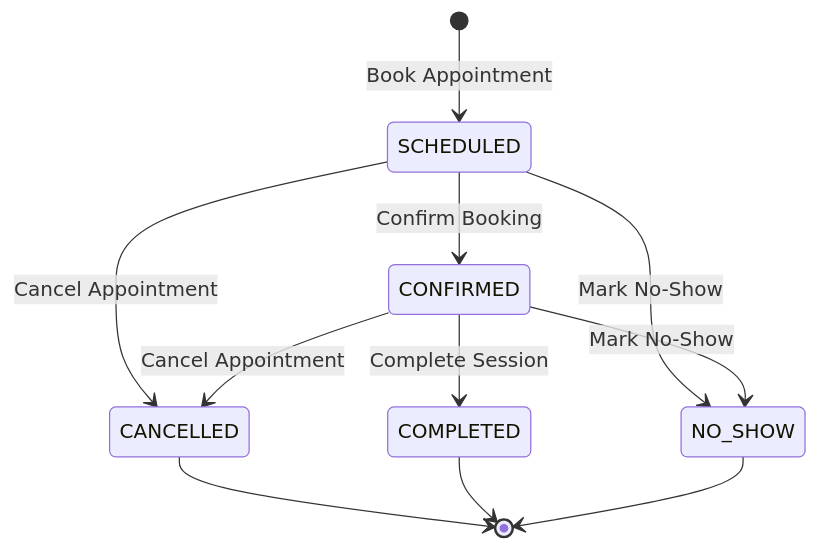
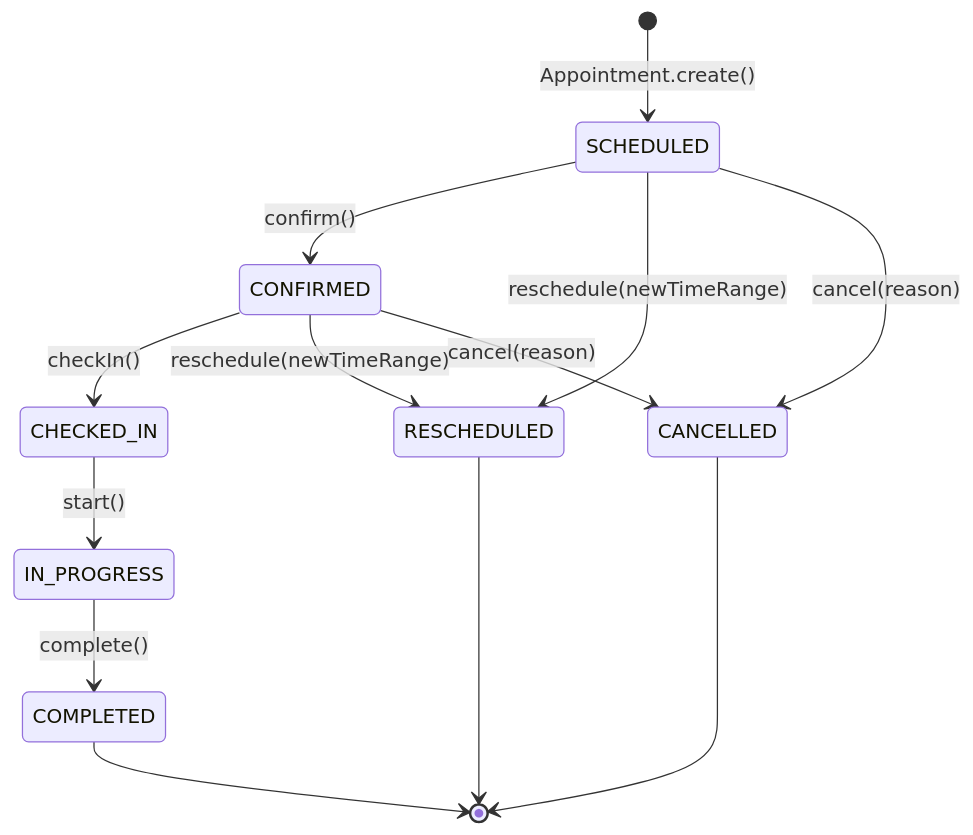
One commit to izzydin/kinergy-platform changed the second of 3 diagrams in docs/scheduling/aggregate-diagram.md. Above: the diagram before and after it, drawn with Mermaid. The commit also changed other lines of this file and 9 other files, not shown here.

Commit message:
docs(scheduling): complete architecture documentation and adrs

````diff
--- a/docs/scheduling/aggregate-diagram.md
+++ b/docs/scheduling/aggregate-diagram.md
@@ -56,13 +40,18 @@
 ```mermaid
 stateDiagram-v2
-    [*] --> SCHEDULED: Book Appointment
-    SCHEDULED --> CONFIRMED: Confirm Booking
-    SCHEDULED --> CANCELLED: Cancel Appointment
-    CONFIRMED --> CANCELLED: Cancel Appointment
-    CONFIRMED --> COMPLETED: Complete Session
-    SCHEDULED --> NO_SHOW: Mark No-Show
-    CONFIRMED --> NO_SHOW: Mark No-Show
+    [*] --> SCHEDULED: Appointment.create()
+    SCHEDULED --> CONFIRMED: confirm()
+    SCHEDULED --> RESCHEDULED: reschedule(newTimeRange)
+    SCHEDULED --> CANCELLED: cancel(reason)
+
+    CONFIRMED --> CHECKED_IN: checkIn()
+    CONFIRMED --> RESCHEDULED: reschedule(newTimeRange)
+    CONFIRMED --> CANCELLED: cancel(reason)
+
+    CHECKED_IN --> IN_PROGRESS: start()
+    IN_PROGRESS --> COMPLETED: complete()
+
+    COMPLETED --> [*]
     CANCELLED --> [*]
-    COMPLETED --> [*]
-    NO_SHOW --> [*]
+    RESCHEDULED --> [*]
 ```
````
